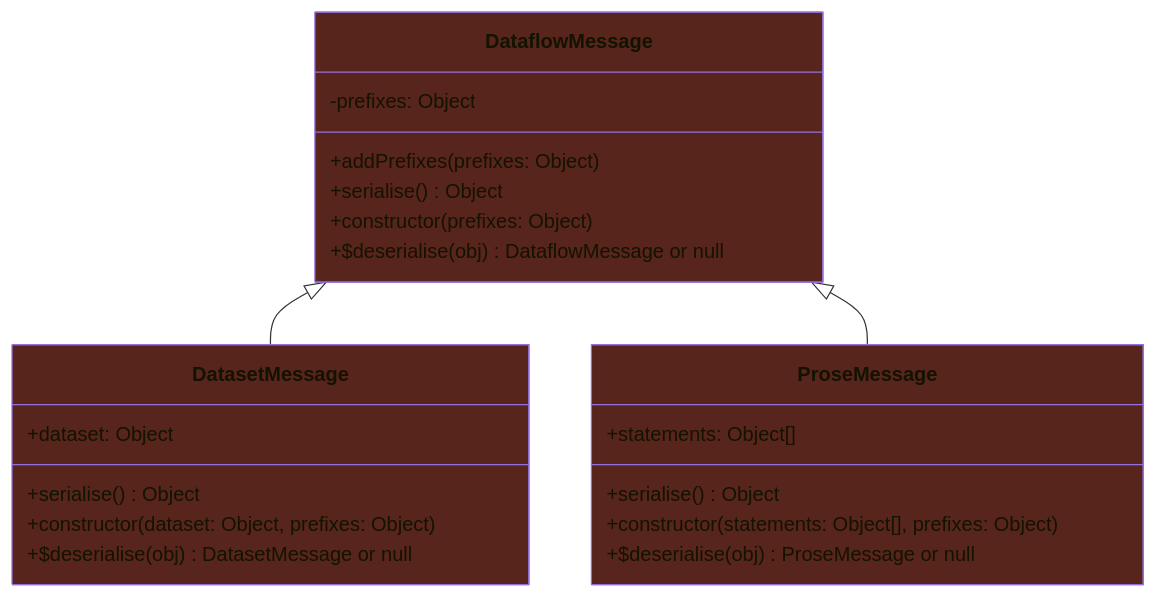
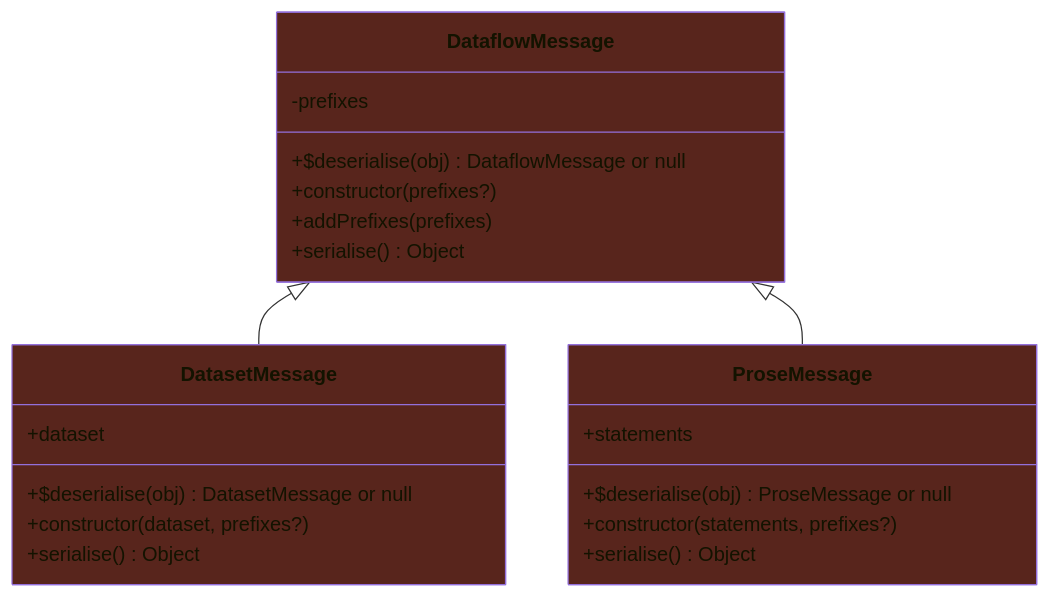
Before and after one commit to doga/rdf-dataflow: the first of 2 diagrams in README.md, drawn with Mermaid. The commit also changed other lines of this file and 4 other files, not shown here.

````diff
--- a/README.md
+++ b/README.md
@@ -143,28 +148,28 @@
 ```mermaid
 classDiagram
   DataflowMessage <|-- DatasetMessage
   DataflowMessage <|-- ProseMessage
   class DataflowMessage {
-   -prefixes: Object
-   +addPrefixes(prefixes: Object)
+   -prefixes
+   +$deserialise(obj) DataflowMessage or null
+   +constructor(prefixes?)
+   +addPrefixes(prefixes)
    +serialise() Object
-   +constructor(prefixes: Object)
-   +$deserialise(obj) DataflowMessage or null
   }
   class DatasetMessage {
-   +dataset: Object
+   +dataset
+   +$deserialise(obj) DatasetMessage or null
+   +constructor(dataset, prefixes?)
    +serialise() Object
-   +constructor(dataset: Object, prefixes: Object)
-   +$deserialise(obj) DatasetMessage or null
   }
   class ProseMessage {
-   +statements: Object[]
+   +statements
+   +$deserialise(obj) ProseMessage or null
+   +constructor(statements, prefixes?)
    +serialise() Object
-   +constructor(statements: Object[], prefixes: Object)
-   +$deserialise(obj) ProseMessage or null
   }
 
   style DataflowMessage fill:#58251C
   style DatasetMessage fill:#58251C
   style ProseMessage fill:#58251C
 ```
````
